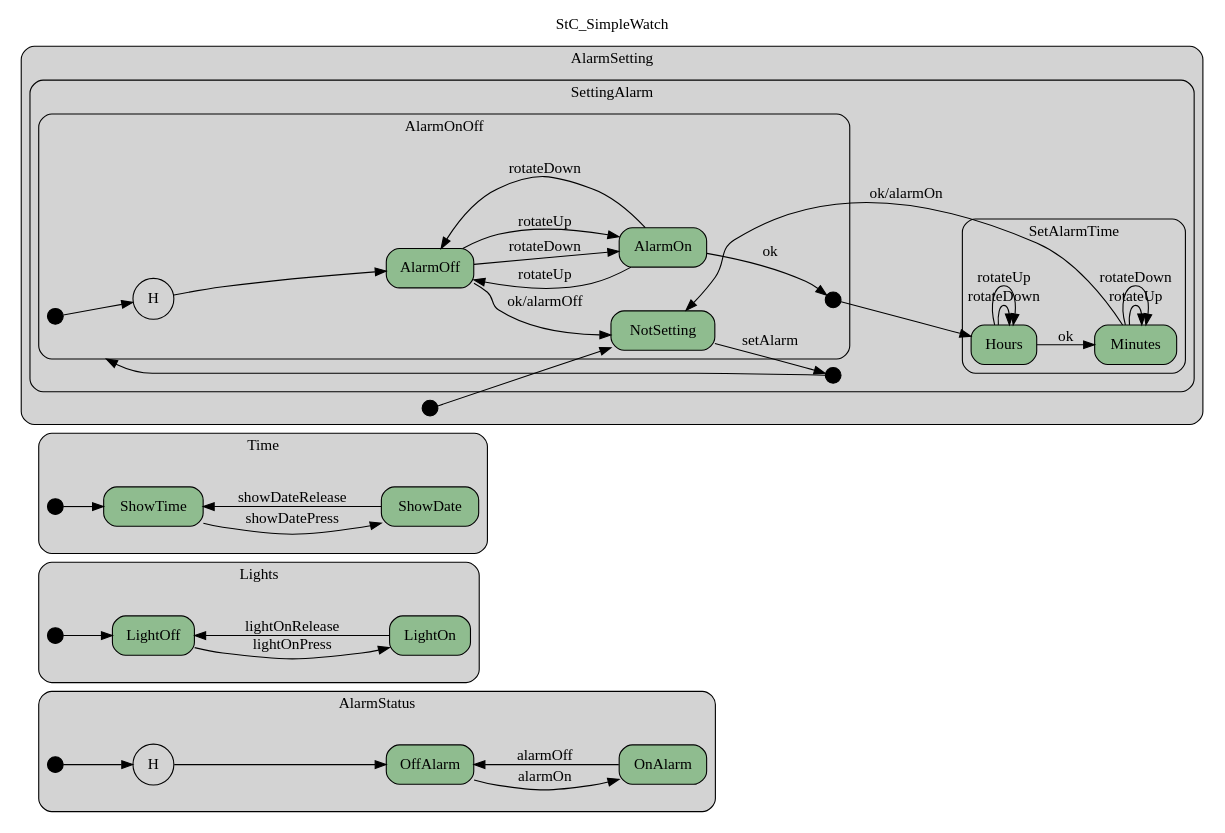
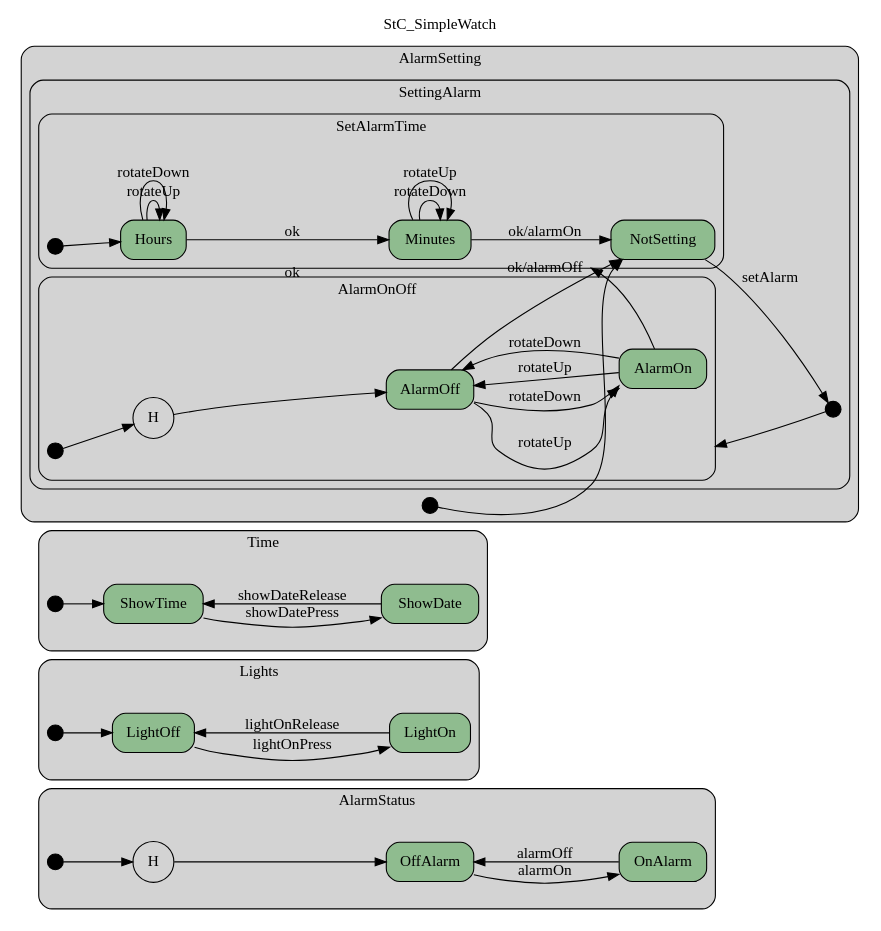
Before and after one commit to namalio/Fragmenta: the diagram in Haskell/Statecharts/Examples/img/StC_SimpleWatch.gv, drawn with Graphviz. The commit also changed other lines of this file and 70 other files, not shown here.

```diff
--- a/Haskell/Statecharts/Examples/img/StC_SimpleWatch.gv
+++ b/Haskell/Statecharts/Examples/img/StC_SimpleWatch.gv
@@ -1,108 +1,108 @@
 digraph {
 compound=true;
 rankdir=LR;
 label="StC_SimpleWatch";
 labelloc=t;
 subgraph cluster_AlarmStatus {
 style="filled,rounded";
 label ="AlarmStatus";
 fillcolor = lightgray;
+initAlarmStatus_St [shape = point,fillcolor=black,height=.2,width=.2,label=""];
+
+OffAlarm [shape=box,fillcolor=darkseagreen,style="filled,rounded",label=OffAlarm];
+OnAlarm [shape=box,fillcolor=darkseagreen,style="filled,rounded",label=OnAlarm];
 historyAlarmStatus_St [shape = circle,fillcolor=black,label="H"];
 
-OnAlarm [shape=box,fillcolor=darkseagreen,style="filled,rounded",label=OnAlarm];
-OffAlarm [shape=box,fillcolor=darkseagreen,style="filled,rounded",label=OffAlarm];
-initAlarmStatus_St [shape = point,fillcolor=black,height=.2,width=.2,label=""];
 
-
+initAlarmStatus_St->historyAlarmStatus_St[label="",  ];
+OffAlarm->OnAlarm[label="alarmOn",  ];
+OnAlarm->OffAlarm[label="alarmOff",  ];
 historyAlarmStatus_St->OffAlarm[label="",  ];
-OnAlarm->OffAlarm[label="alarmOff",  ];
-OffAlarm->OnAlarm[label="alarmOn",  ];
-initAlarmStatus_St->historyAlarmStatus_St[label="",  ];
 }
 subgraph cluster_Lights {
 style="filled,rounded";
 label ="Lights";
 fillcolor = lightgray;
-LightOff [shape=box,fillcolor=darkseagreen,style="filled,rounded",label=LightOff];
-LightOn [shape=box,fillcolor=darkseagreen,style="filled,rounded",label=LightOn];
 initLights_St [shape = point,fillcolor=black,height=.2,width=.2,label=""];
 
+LightOn [shape=box,fillcolor=darkseagreen,style="filled,rounded",label=LightOn];
+LightOff [shape=box,fillcolor=darkseagreen,style="filled,rounded",label=LightOff];
 
+initLights_St->LightOff[label="",  ];
+LightOn->LightOff[label="lightOnRelease",  ];
 LightOff->LightOn[label="lightOnPress",  ];
-LightOn->LightOff[label="lightOnRelease",  ];
-initLights_St->LightOff[label="",  ];
 }
 subgraph cluster_Time {
 style="filled,rounded";
 label ="Time";
 fillcolor = lightgray;
+ShowTime [shape=box,fillcolor=darkseagreen,style="filled,rounded",label=ShowTime];
+ShowDate [shape=box,fillcolor=darkseagreen,style="filled,rounded",label=ShowDate];
 initTime_St [shape = point,fillcolor=black,height=.2,width=.2,label=""];
 
-ShowDate [shape=box,fillcolor=darkseagreen,style="filled,rounded",label=ShowDate];
-ShowTime [shape=box,fillcolor=darkseagreen,style="filled,rounded",label=ShowTime];
 
+ShowTime->ShowDate[label="showDatePress",  ];
+ShowDate->ShowTime[label="showDateRelease",  ];
 initTime_St->ShowTime[label="",  ];
-ShowDate->ShowTime[label="showDateRelease",  ];
-ShowTime->ShowDate[label="showDatePress",  ];
 }
 subgraph cluster_AlarmSetting {
 style="filled,rounded";
 label ="AlarmSetting";
 fillcolor = lightgray;
-initAlarmSetting_St [shape = point,fillcolor=black,height=.2,width=.2,label=""];
-
+NotSetting [shape=box,fillcolor=darkseagreen,style="filled,rounded",label=NotSetting];
 subgraph cluster_SettingAlarm {
 style="filled,rounded";
 label ="SettingAlarm";
 fillcolor = lightgray;
-subgraph cluster_AlarmOnOff {
-style="filled,rounded";
-label ="AlarmOnOff";
-fillcolor = lightgray;
-HistorySt1_St [shape = circle,fillcolor=black,label="H"];
-
-AlarmOn [shape=box,fillcolor=darkseagreen,style="filled,rounded",label=AlarmOn];
-AlarmOff [shape=box,fillcolor=darkseagreen,style="filled,rounded",label=AlarmOff];
-initAlarmOnOff_St [shape = point,fillcolor=black,height=.2,width=.2,label=""];
-
-
-HistorySt1_St->AlarmOff[label="",  ];
-AlarmOff->AlarmOn[label="rotateDown",  ];
-AlarmOn->AlarmOff[label="rotateDown",  ];
-AlarmOff->NotSetting[label="ok/alarmOff",  ];
-AlarmOn->initSetAlarmTime_St[label="ok",  lhead=cluster_SetAlarmTime];
-AlarmOn->AlarmOff[label="rotateUp",  ];
-AlarmOff->AlarmOn[label="rotateUp",  ];
-initAlarmOnOff_St->HistorySt1_St[label="",  ];
-}
+initSettingAlarm_St [shape = point,fillcolor=black,height=.2,width=.2,label=""];
 
 subgraph cluster_SetAlarmTime {
 style="filled,rounded";
 label ="SetAlarmTime";
 fillcolor = lightgray;
+Hours [shape=box,fillcolor=darkseagreen,style="filled,rounded",label=Hours];
+Minutes [shape=box,fillcolor=darkseagreen,style="filled,rounded",label=Minutes];
 initSetAlarmTime_St [shape = point,fillcolor=black,height=.2,width=.2,label=""];
 
-Minutes [shape=box,fillcolor=darkseagreen,style="filled,rounded",label=Minutes];
-Hours [shape=box,fillcolor=darkseagreen,style="filled,rounded",label=Hours];
 
+Hours->Hours[label="rotateUp",  ];
+Hours->Minutes[label="ok",  ];
+Minutes->Minutes[label="rotateDown",  ];
+Minutes->NotSetting[label="ok/alarmOn",  ];
+Minutes->Minutes[label="rotateUp",  ];
+Hours->Hours[label="rotateDown",  ];
 initSetAlarmTime_St->Hours[label="",  ];
-Hours->Hours[label="rotateDown",  ];
-Minutes->Minutes[label="rotateUp",  ];
-Minutes->NotSetting[label="ok/alarmOn",  ];
-Minutes->Minutes[label="rotateDown",  ];
-Hours->Minutes[label="ok",  ];
-Hours->Hours[label="rotateUp",  ];
 }
 
-initSettingAlarm_St [shape = point,fillcolor=black,height=.2,width=.2,label=""];
+subgraph cluster_AlarmOnOff {
+style="filled,rounded";
+label ="AlarmOnOff";
+fillcolor = lightgray;
+initAlarmOnOff_St [shape = point,fillcolor=black,height=.2,width=.2,label=""];
+
+AlarmOff [shape=box,fillcolor=darkseagreen,style="filled,rounded",label=AlarmOff];
+AlarmOn [shape=box,fillcolor=darkseagreen,style="filled,rounded",label=AlarmOn];
+HistorySt1_St [shape = circle,fillcolor=black,label="H"];
+
+
+initAlarmOnOff_St->HistorySt1_St[label="",  ];
+AlarmOff->AlarmOn[label="rotateUp",  ];
+AlarmOn->AlarmOff[label="rotateUp",  ];
+AlarmOn->initSetAlarmTime_St[label="ok",  lhead=cluster_SetAlarmTime];
+AlarmOff->NotSetting[label="ok/alarmOff",  ];
+AlarmOn->AlarmOff[label="rotateDown",  ];
+AlarmOff->AlarmOn[label="rotateDown",  ];
+HistorySt1_St->AlarmOff[label="",  ];
+}
 
 
 initSettingAlarm_St->initAlarmOnOff_St[label="",  lhead=cluster_AlarmOnOff];
 }
 
-NotSetting [shape=box,fillcolor=darkseagreen,style="filled,rounded",label=NotSetting];
+initAlarmSetting_St [shape = point,fillcolor=black,height=.2,width=.2,label=""];
 
+
+NotSetting->initSettingAlarm_St[label="setAlarm",  lhead=cluster_SettingAlarm];
 initAlarmSetting_St->NotSetting[label="",  ];
-NotSetting->initSettingAlarm_St[label="setAlarm",  lhead=cluster_SettingAlarm];
 }
 }
```
